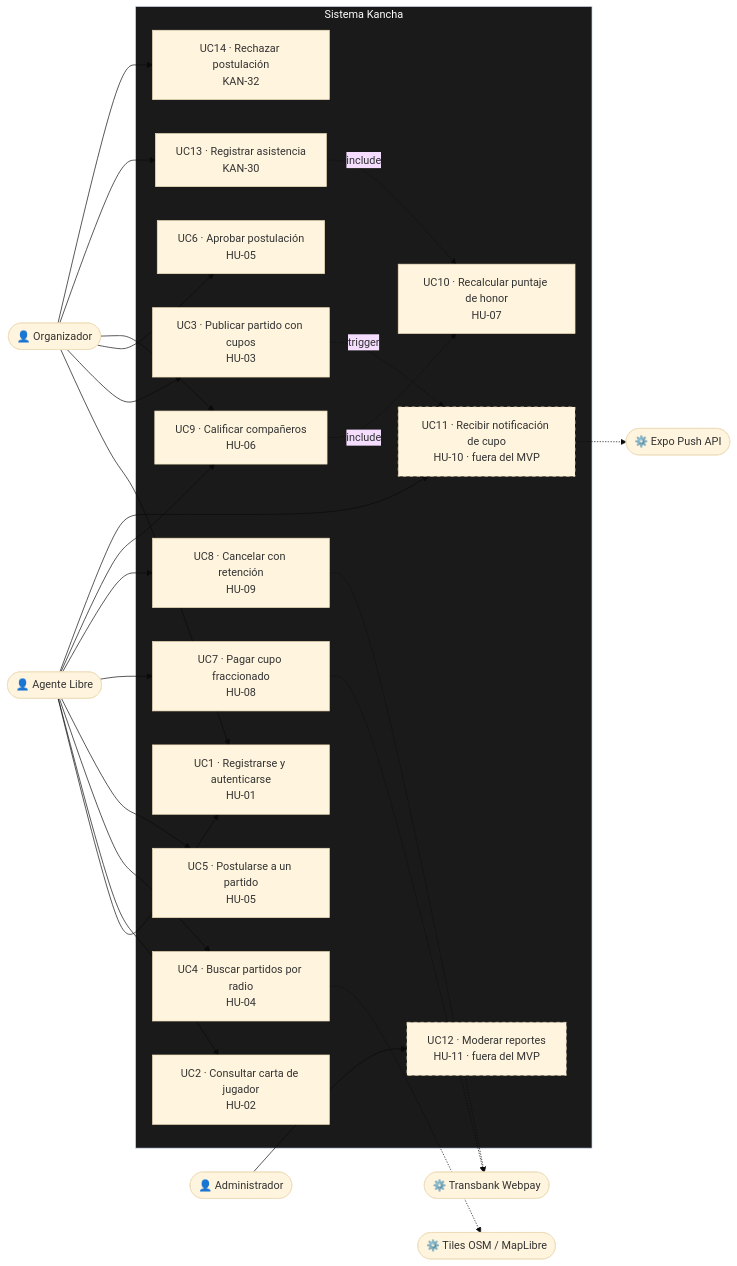
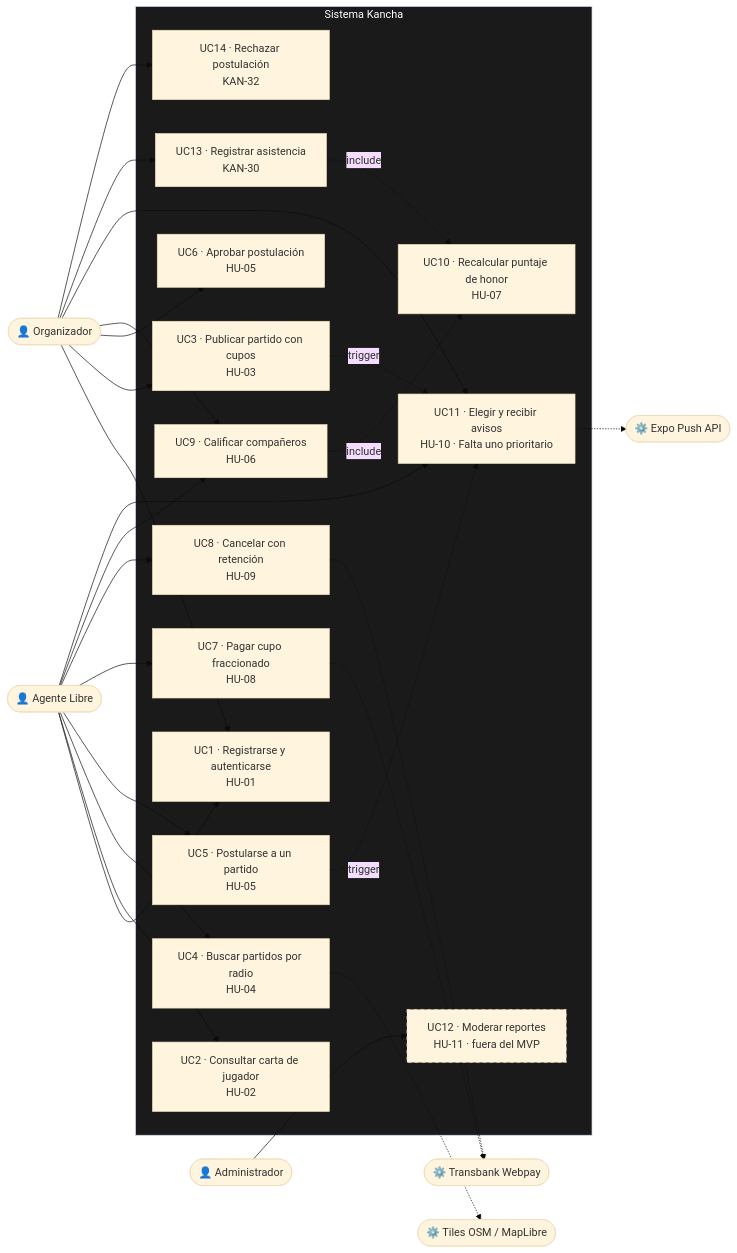
Before and after one commit to avenaaaa/KANCHA: the diagram in fase-2-desarrollo/docs/diagramas/casos-de-uso.mmd, drawn with Mermaid (base theme). The commit also changed 23 other files, not shown here.

First line of the commit message:
docs: HU-10 vuelve al alcance; avisos en reglas, modelo de datos, diagramas y pruebas (KAN-16)

```diff
--- a/fase-2-desarrollo/docs/diagramas/casos-de-uso.mmd
+++ b/fase-2-desarrollo/docs/diagramas/casos-de-uso.mmd
@@ -1,40 +1,40 @@
 flowchart LR
     AL(["👤 Agente Libre"])
     OR(["👤 Organizador"])
     AD(["👤 Administrador"])
     TBK(["⚙️ Transbank Webpay"])
     PUSH(["⚙️ Expo Push API"])
     MAP(["⚙️ Tiles OSM / MapLibre"])
 
     subgraph KANCHA["Sistema Kancha"]
         UC1["UC1 · Registrarse y autenticarse<br/>HU-01"]
         UC2["UC2 · Consultar carta de jugador<br/>HU-02"]
         UC3["UC3 · Publicar partido con cupos<br/>HU-03"]
         UC4["UC4 · Buscar partidos por radio<br/>HU-04"]
         UC5["UC5 · Postularse a un partido<br/>HU-05"]
         UC6["UC6 · Aprobar postulación<br/>HU-05"]
         UC7["UC7 · Pagar cupo fraccionado<br/>HU-08"]
         UC8["UC8 · Cancelar con retención<br/>HU-09"]
         UC9["UC9 · Calificar compañeros<br/>HU-06"]
         UC10["UC10 · Recalcular puntaje de honor<br/>HU-07"]
-        UC11["UC11 · Recibir notificación de cupo<br/>HU-10 · fuera del MVP"]
+        UC11["UC11 · Elegir y recibir avisos<br/>HU-10 · Falta uno prioritario"]
         UC12["UC12 · Moderar reportes<br/>HU-11 · fuera del MVP"]
         UC13["UC13 · Registrar asistencia<br/>KAN-30"]
         UC14["UC14 · Rechazar postulación<br/>KAN-32"]
     end
 
     AL --> UC1 & UC2 & UC4 & UC5 & UC7 & UC8 & UC9 & UC11
-    OR --> UC1 & UC3 & UC6 & UC9 & UC13 & UC14
+    OR --> UC1 & UC3 & UC6 & UC9 & UC11 & UC13 & UC14
     AD --> UC12
 
     UC7 -.-> TBK
     UC8 -.-> TBK
     UC9 -.->|"include"| UC10
     UC4 -.-> MAP
     UC11 -.-> PUSH
     UC3 -.->|"trigger"| UC11
+    UC5 -.->|"trigger"| UC11
     UC13 -.->|"include"| UC10
 
-    style UC11 stroke-dasharray: 5 5
     style UC12 stroke-dasharray: 5 5
     style KANCHA fill:#1A1A1A,color:#FFFFFF
```
